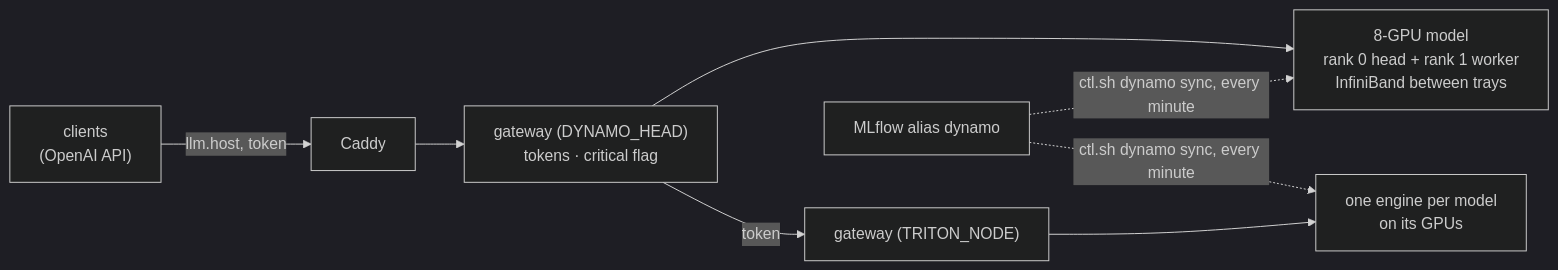
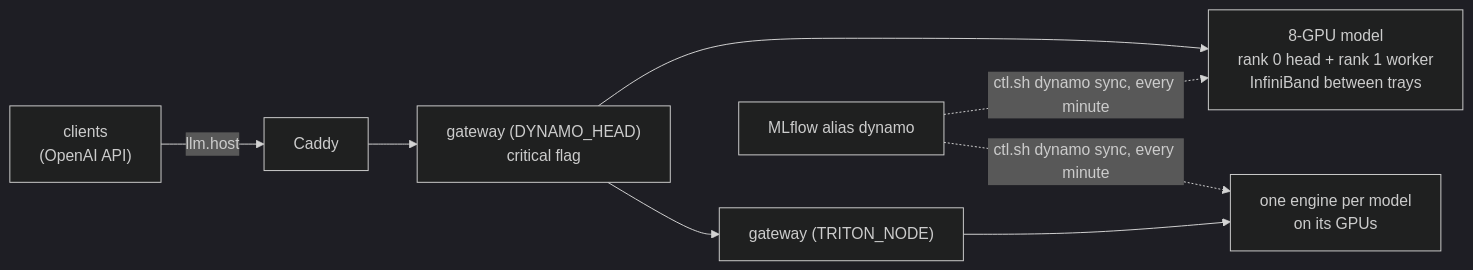
The diagram in services/dynamo/README.md (cnboonhan/data-flywheel), drawn with Mermaid (dark theme) before and after one commit. The commit also changed other lines of this file and 17 other files, not shown here.

First line of the commit message:
Served models need no token; live load on the landing page; idle GPUs in Grafana

````diff
--- a/services/dynamo/README.md
+++ b/services/dynamo/README.md
@@ -5,7 +5,7 @@
 ```mermaid
 flowchart LR
-  C["clients<br/>(OpenAI API)"] -->|llm.host, token| Caddy --> G["gateway (DYNAMO_HEAD)<br/>tokens · critical flag"]
+  C["clients<br/>(OpenAI API)"] -->|llm.host| Caddy --> G["gateway (DYNAMO_HEAD)<br/>critical flag"]
   G --> T["8-GPU model<br/>rank 0 head + rank 1 worker<br/>InfiniBand between trays"]
-  G -->|token| G2["gateway (TRITON_NODE)"] --> S["one engine per model<br/>on its GPUs"]
+  G --> G2["gateway (TRITON_NODE)"] --> S["one engine per model<br/>on its GPUs"]
   M["MLflow alias dynamo"] -.->|ctl.sh dynamo sync, every minute| T & S
 ```
````
